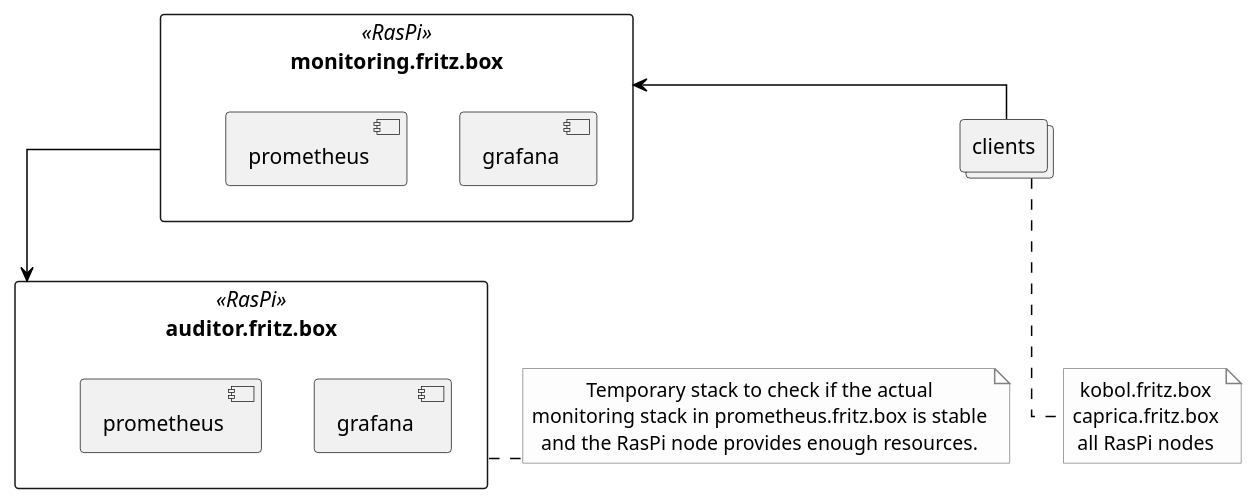
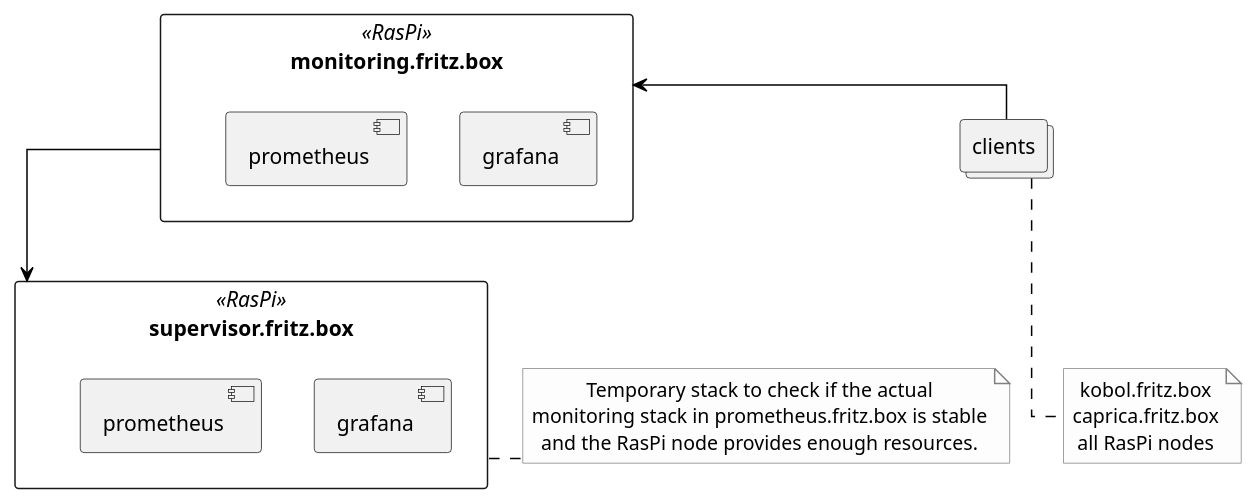
The diagram in docs/modules/ROOT/assets/images/bash-docs/services-cli-monitoring.puml (sommerfeld-io-archive/configs), drawn with PlantUML before and after one commit. The commit also changed 3 other files, not shown here.

```diff
--- a/docs/modules/ROOT/assets/images/bash-docs/services-cli-monitoring.puml
+++ b/docs/modules/ROOT/assets/images/bash-docs/services-cli-monitoring.puml
@@ -1,32 +1,32 @@
 @startuml monitoring
 
 skinparam linetype ortho
 skinparam monochrome false
 skinparam componentStyle uml2
 skinparam backgroundColor #fff
 skinparam ArrowColor black
 skinparam NoteBorderColor Grey
 skinparam NoteBackgroundColor #fdfdfd
 skinparam defaultTextAlignment center
 skinparam activity {
 FontName Ubuntu
 }
 
 rectangle monitoring as "monitoring.fritz.box" <<RasPi>> {
   component grafana
   component prometheus
 }
 
-rectangle auditor as "auditor.fritz.box" <<RasPi>> {
+rectangle auditor as "supervisor.fritz.box" <<RasPi>> {
   component tmp_grafana as "grafana"
   component tmp_prometheus as "prometheus"
 }
 note right of auditor: Temporary stack to check if the actual\nmonitoring stack in prometheus.fritz.box is stable\nand the RasPi node provides enough resources.
 
 collections clients
 note bottom of clients: kobol.fritz.box\ncaprica.fritz.box\nall RasPi nodes
 
 clients -left-> monitoring
 monitoring -down-> auditor
 
 @enduml
```
